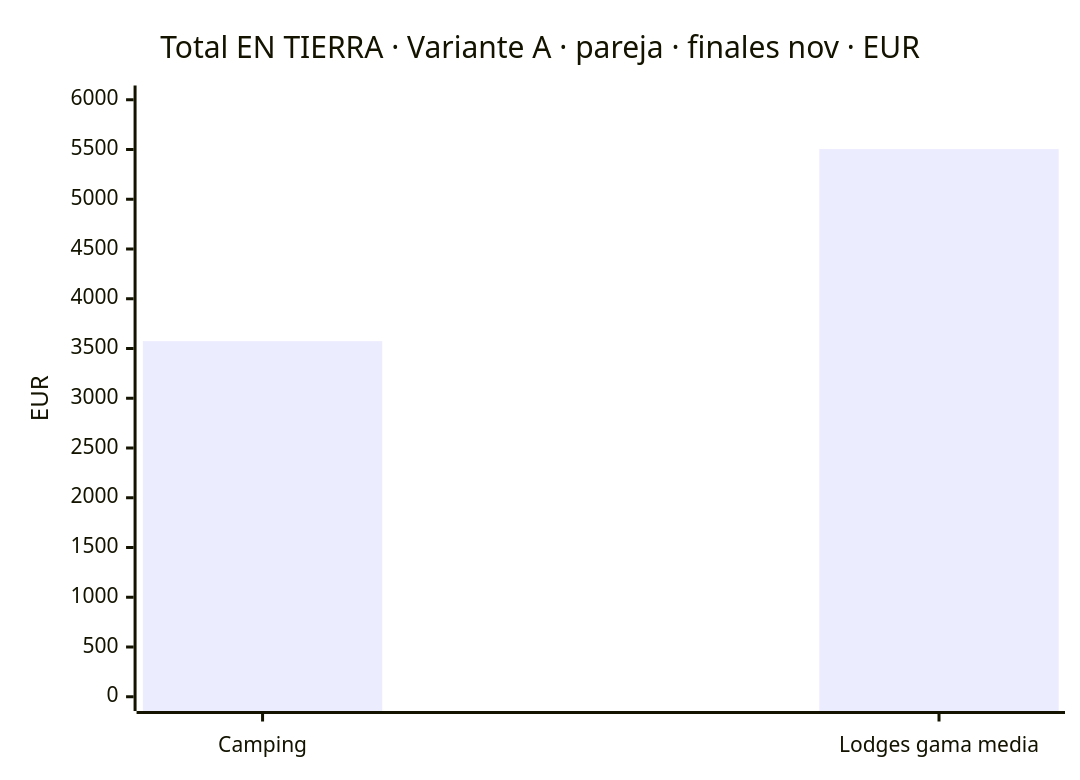
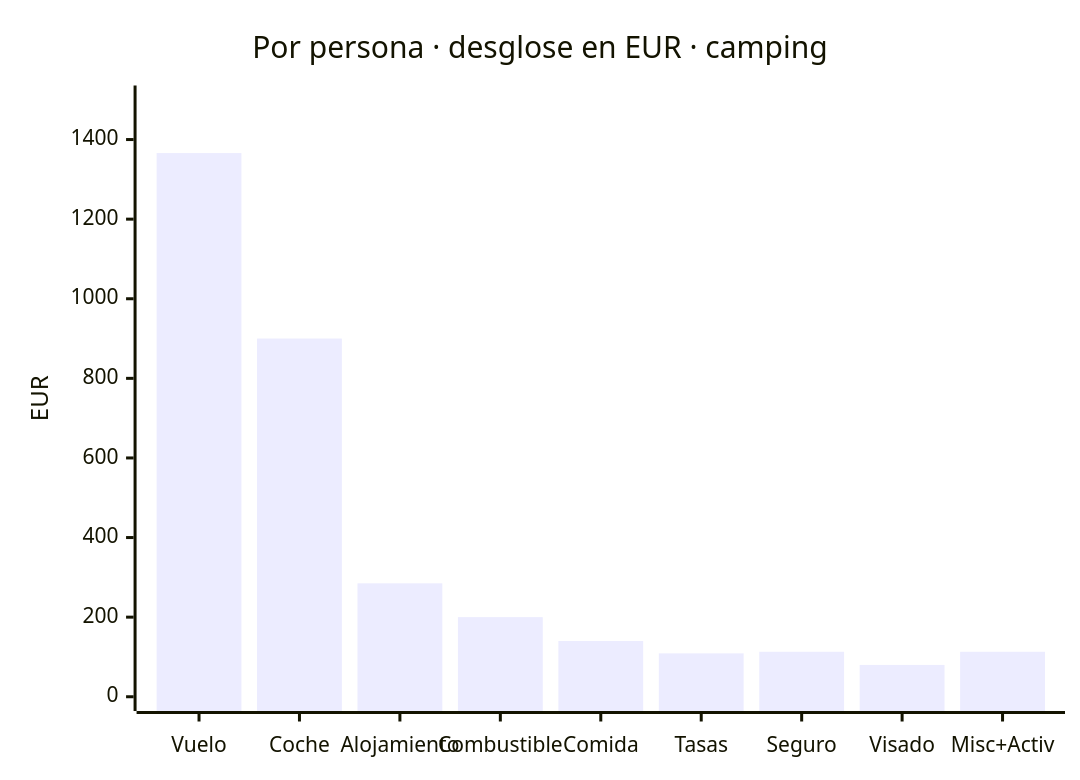
The third of 5 diagrams in 10-presupuesto.md (morandeirachema/namibia), drawn with Mermaid before and after one commit. The commit also changed other lines of this file, not shown here.

Commit message:
Rehacer el presupuesto sobre la Variante E y los precios cerrados: Budget, vuelo real y seguro IATI

````diff
--- a/10-presupuesto.md
+++ b/10-presupuesto.md
@@ -221,7 +211,7 @@
 ```mermaid
 xychart-beta
-    title "Total EN TIERRA · Variante A · pareja · finales nov · EUR"
-    x-axis ["Camping", "Lodges gama media"]
-    y-axis "EUR" 0 --> 6000
-    bar [3574, 5504]
+    title "Por persona · desglose en EUR · camping"
+    x-axis ["Vuelo", "Coche", "Alojamiento", "Combustible", "Comida", "Tasas", "Seguro", "Visado", "Misc+Activ"]
+    y-axis "EUR" 0 --> 1500
+    bar [1366, 900, 285, 200, 140, 109, 113, 80, 113]
 ```
````
